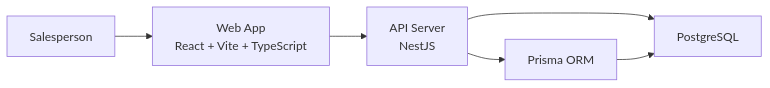
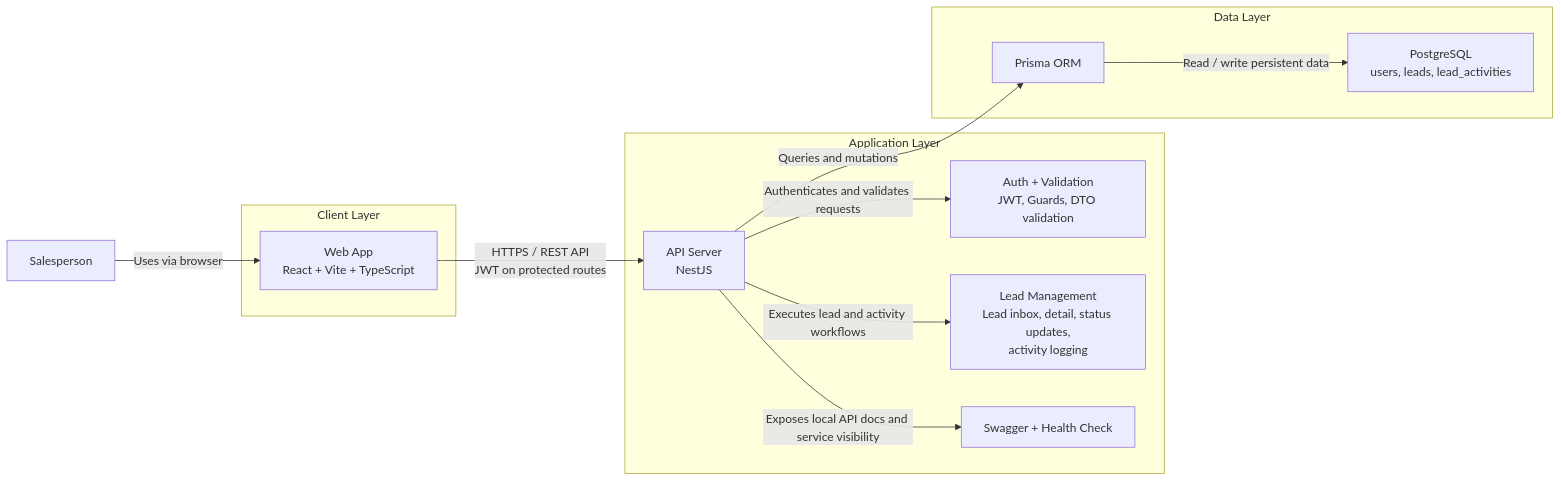
One commit to hoangquocnam/keyloop-interview-challenge changed the diagram in docs/system-design/02-architecture-diagram.md. Above: the diagram before and after it, drawn with Mermaid. The commit also changed other lines of this file and 14 other files, not shown here.

````diff
--- a/docs/system-design/02-architecture-diagram.md
+++ b/docs/system-design/02-architecture-diagram.md
@@ -5,8 +5,28 @@
 ```mermaid
 flowchart LR
-    Salesperson["Salesperson"] --> Web["Web App\nReact + Vite + TypeScript"]
-    Web --> API["API Server\nNestJS"]
-    API --> DB["PostgreSQL"]
-    API --> Prisma["Prisma ORM"]
-    Prisma --> DB
+    Salesperson["Salesperson"]
+
+    subgraph Client["Client Layer"]
+        Web["Web App\nReact + Vite + TypeScript"]
+    end
+
+    subgraph Server["Application Layer"]
+        API["API Server\nNestJS"]
+        Auth["Auth + Validation\nJWT, Guards, DTO validation"]
+        LeadDomain["Lead Management\nLead inbox, detail, status updates,\nactivity logging"]
+        Docs["Swagger + Health Check"]
+    end
+
+    subgraph Data["Data Layer"]
+        Prisma["Prisma ORM"]
+        DB["PostgreSQL\nusers, leads, lead_activities"]
+    end
+
+    Salesperson -->|"Uses via browser"| Web
+    Web -->|"HTTPS / REST API\nJWT on protected routes"| API
+    API -->|"Authenticates and validates requests"| Auth
+    API -->|"Executes lead and activity workflows"| LeadDomain
+    API -->|"Exposes local API docs and service visibility"| Docs
+    API -->|"Queries and mutations"| Prisma
+    Prisma -->|"Read / write persistent data"| DB
 ```
````
